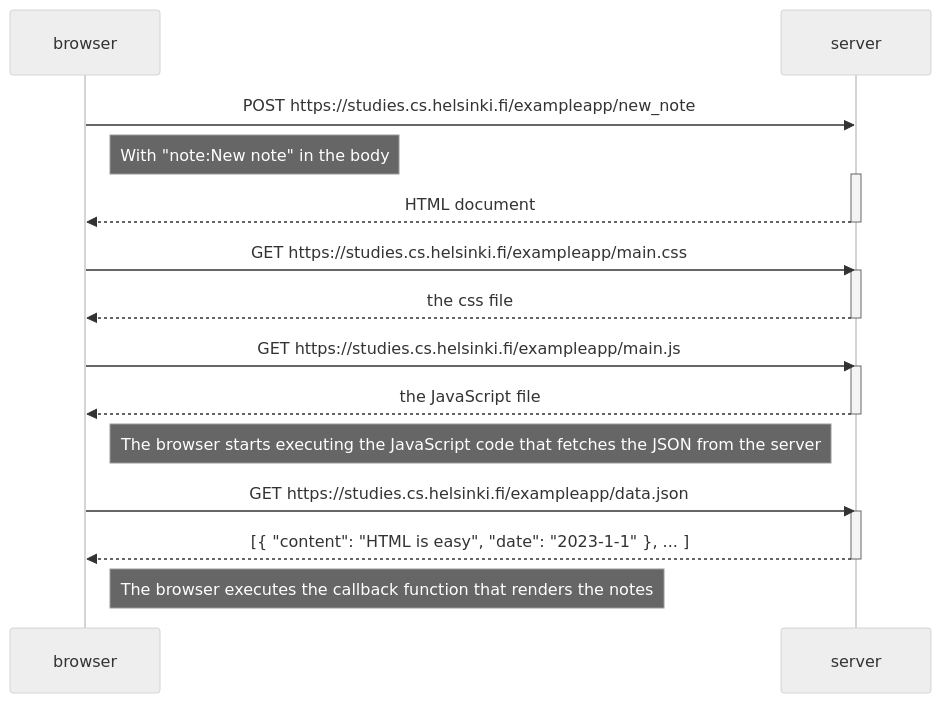
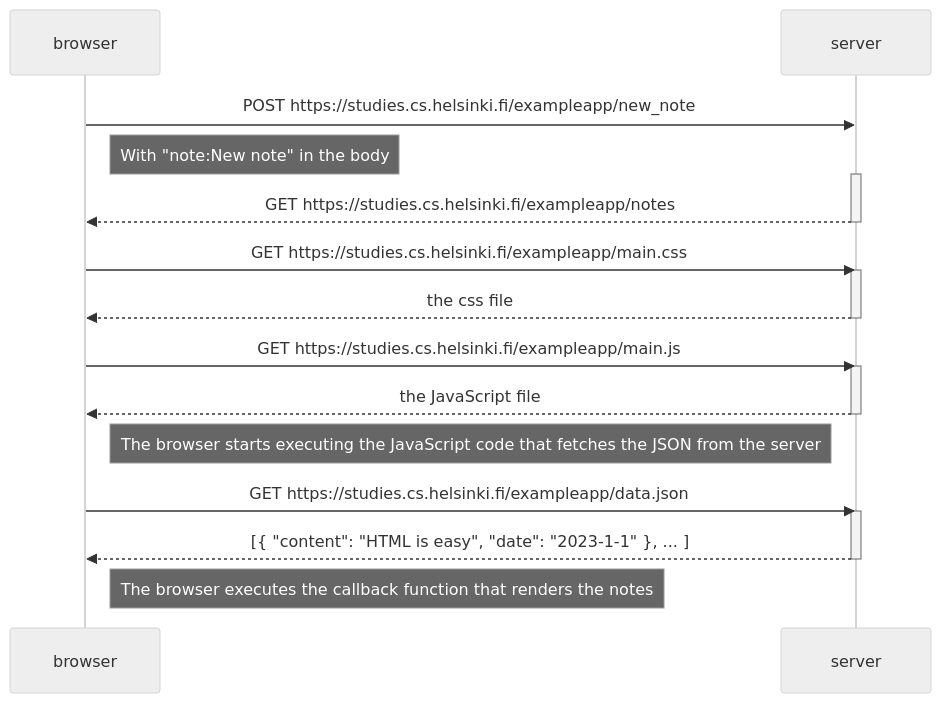
Before and after one commit to MatthieuGagne/fullstackopen: the diagram in 0.4 diagram.md, drawn with Mermaid (neutral theme).

Commit message:
Update 0.4 diagram.md

````diff
--- a/0.4 diagram.md
+++ b/0.4 diagram.md
@@ -1,30 +1,30 @@
 ```mermaid
 sequenceDiagram
     participant browser
     participant server
 
     browser->>server: POST https://studies.cs.helsinki.fi/exampleapp/new_note
     Note right of browser: With "note:New note" in the body
     activate server
-    server-->>browser: HTML document
+    server-->>browser: GET https://studies.cs.helsinki.fi/exampleapp/notes
     deactivate server
 
     browser->>server: GET https://studies.cs.helsinki.fi/exampleapp/main.css
     activate server
     server-->>browser: the css file
     deactivate server
 
     browser->>server: GET https://studies.cs.helsinki.fi/exampleapp/main.js
     activate server
     server-->>browser: the JavaScript file
     deactivate server
 
     Note right of browser: The browser starts executing the JavaScript code that fetches the JSON from the server
 
     browser->>server: GET https://studies.cs.helsinki.fi/exampleapp/data.json
     activate server
     server-->>browser: [{ "content": "HTML is easy", "date": "2023-1-1" }, ... ]
     deactivate server
 
     Note right of browser: The browser executes the callback function that renders the notes
 ```
````
